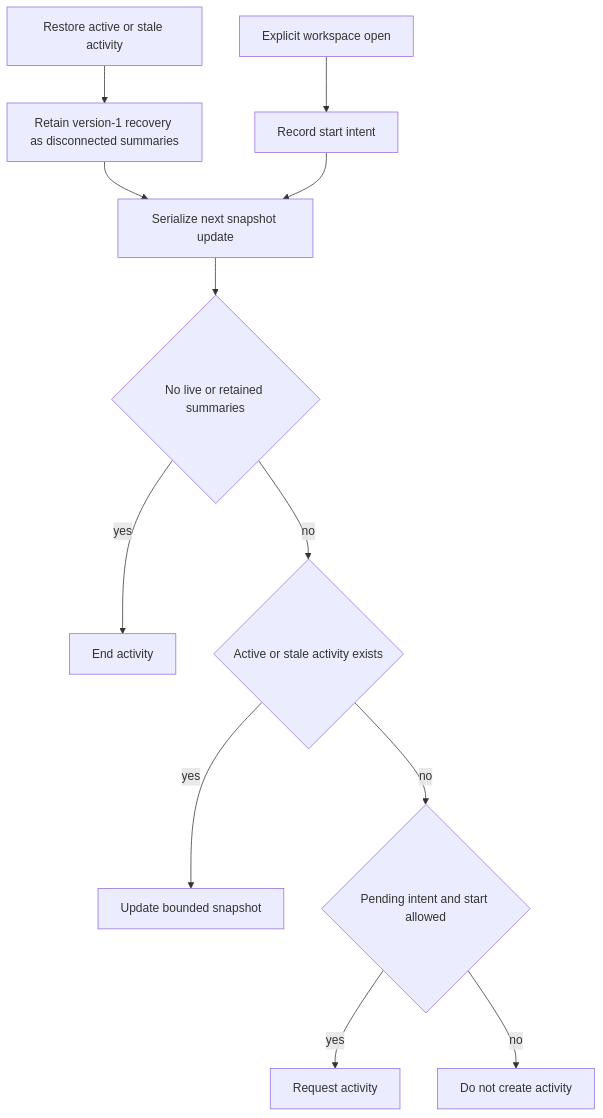
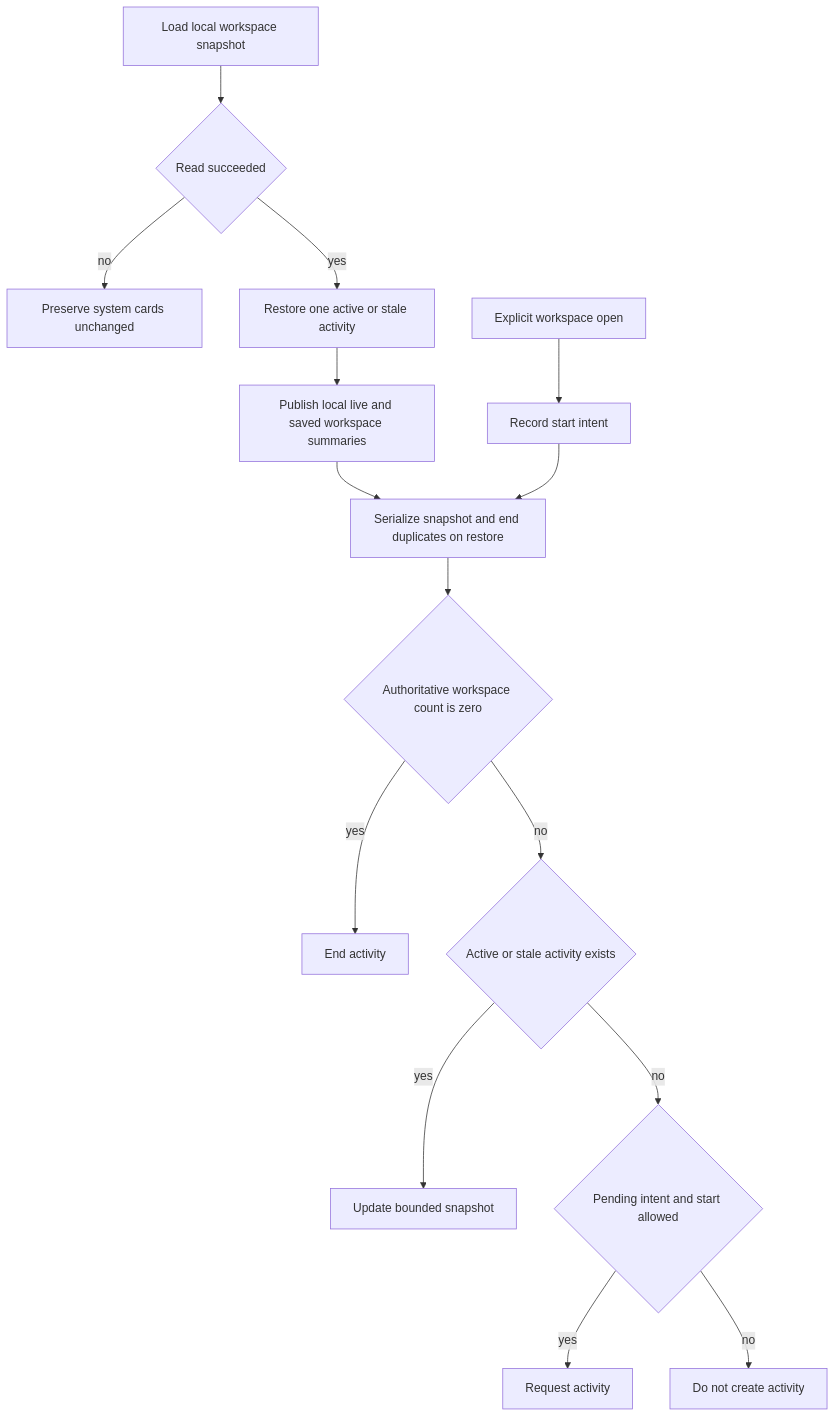
The sixth of 6 diagrams in openwiki/concepts/commerce-localization-and-product-surfaces.md (AkinoKaede/Termind), drawn with Mermaid before and after one commit. The commit also changed other lines of this file and 61 other files, not shown here.

````diff
--- a/openwiki/concepts/commerce-localization-and-product-surfaces.md
+++ b/openwiki/concepts/commerce-localization-and-product-surfaces.md
@@ -313,14 +317,17 @@
 ```mermaid
 flowchart TD
-    Restore["Restore active or stale activity"] --> Retain["Retain version-1 recovery as disconnected summaries"]
-    Retain --> Queue["Serialize next snapshot update"]
+    Load["Load local workspace snapshot"] --> Valid{"Read succeeded"}
+    Valid -->|no| Preserve["Preserve system cards unchanged"]
+    Valid -->|yes| Restore["Restore one active or stale activity"]
+    Restore --> Retain["Publish local live and saved workspace summaries"]
+    Retain --> Queue["Serialize snapshot and end duplicates on restore"]
     Explicit["Explicit workspace open"] --> Pending["Record start intent"]
     Pending --> Queue
-    Queue --> Empty{"No live or retained summaries"}
+    Queue --> Empty{"Authoritative workspace count is zero"}
     Empty -->|yes| Finish["End activity"]
     Empty -->|no| Existing{"Active or stale activity exists"}
     Existing -->|yes| Update["Update bounded snapshot"]
     Existing -->|no| Allowed{"Pending intent and start allowed"}
     Allowed -->|yes| Request["Request activity"]
     Allowed -->|no| Wait["Do not create activity"]
 ```
````
